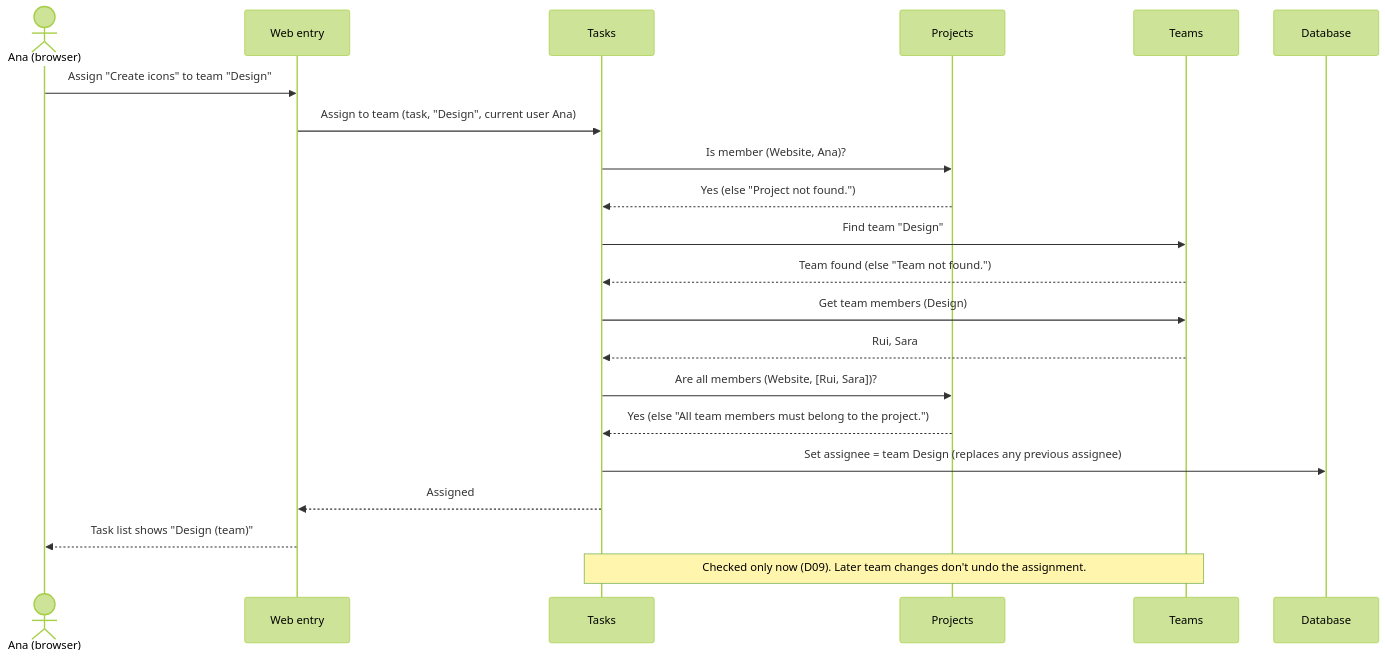
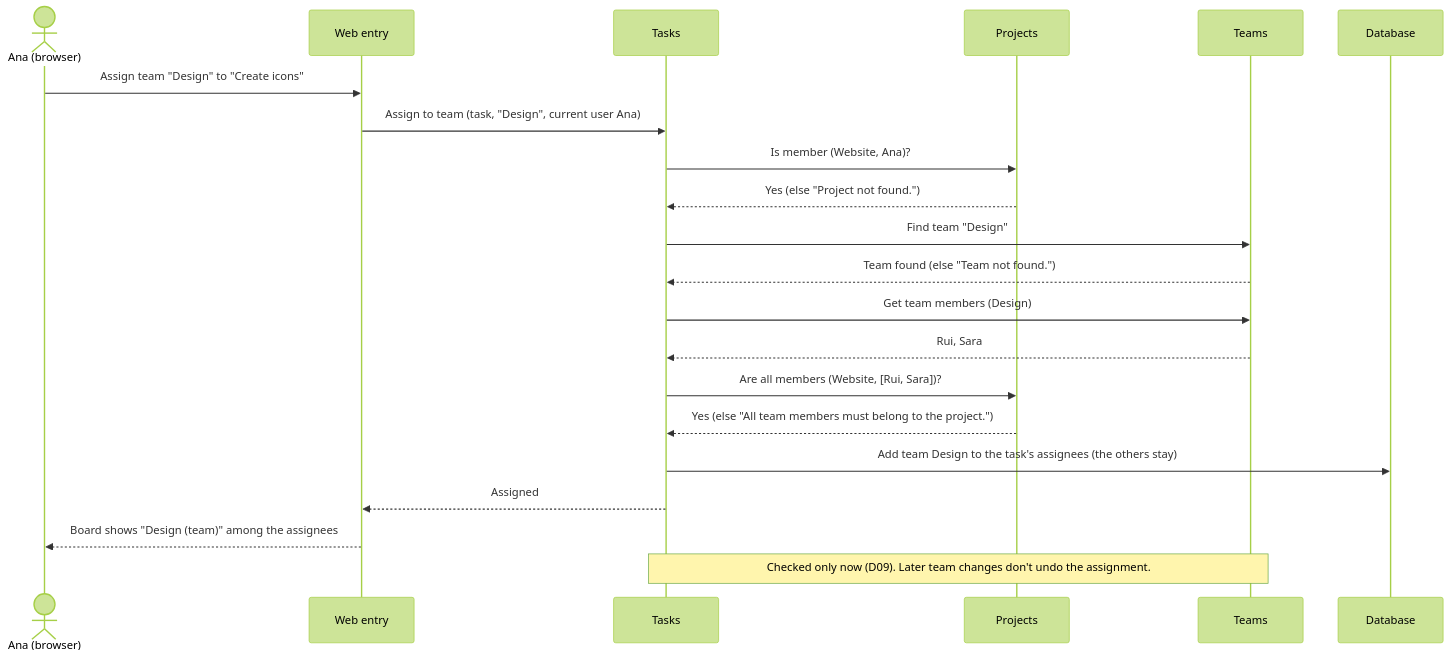
One commit to vitorhsbarros/matriz changed the sixth of 7 diagrams in docs/architecture/04-solution-architecture.md. Above: the diagram before and after it, drawn with Mermaid (forest theme). The commit also changed other lines of this file and 14 other files, not shown here.

````diff
--- a/docs/architecture/04-solution-architecture.md
+++ b/docs/architecture/04-solution-architecture.md
@@ -201,23 +203,23 @@
 ```mermaid
 sequenceDiagram
     actor Ana as Ana (browser)
     participant E as Web entry
     participant T as Tasks
     participant P as Projects
     participant M as Teams
     participant DB as Database
-    Ana->>E: Assign "Create icons" to team "Design"
+    Ana->>E: Assign team "Design" to "Create icons"
     E->>T: Assign to team (task, "Design", current user Ana)
     T->>P: Is member (Website, Ana)?
     P-->>T: Yes (else "Project not found.")
     T->>M: Find team "Design"
     M-->>T: Team found (else "Team not found.")
     T->>M: Get team members (Design)
     M-->>T: Rui, Sara
     T->>P: Are all members (Website, [Rui, Sara])?
     P-->>T: Yes (else "All team members must belong to the project.")
-    T->>DB: Set assignee = team Design (replaces any previous assignee)
+    T->>DB: Add team Design to the task's assignees (the others stay)
     T-->>E: Assigned
-    E-->>Ana: Task list shows "Design (team)"
+    E-->>Ana: Board shows "Design (team)" among the assignees
     Note over T,M: Checked only now (D09). Later team changes don't undo the assignment.
 ```
````
